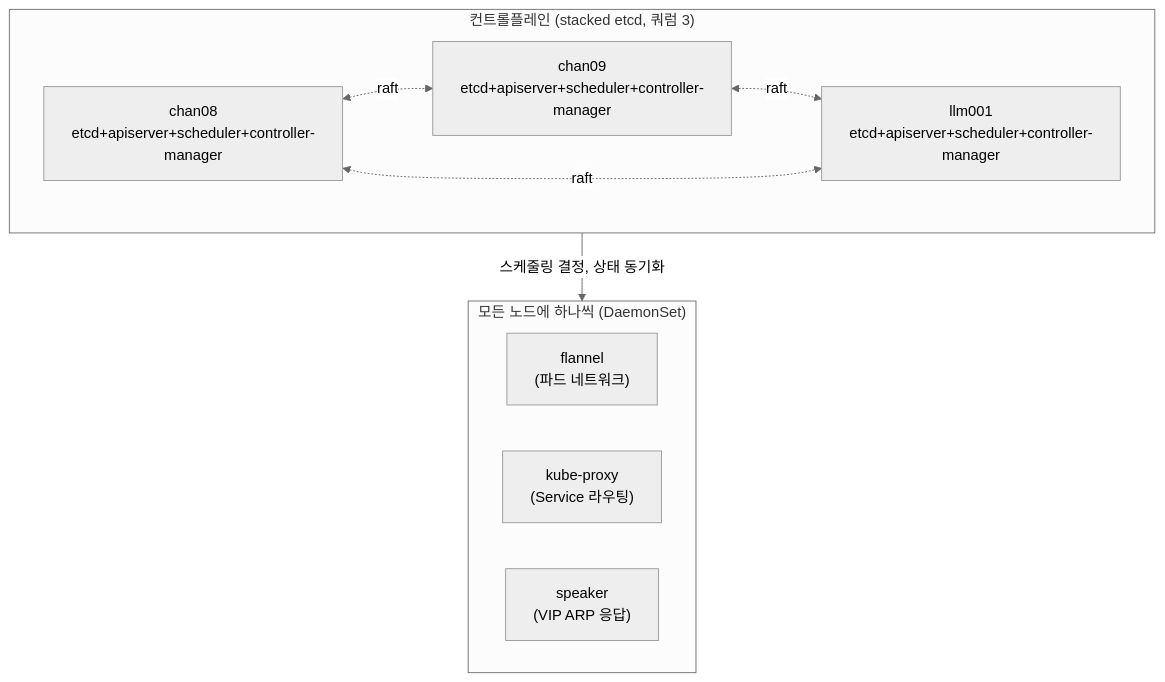
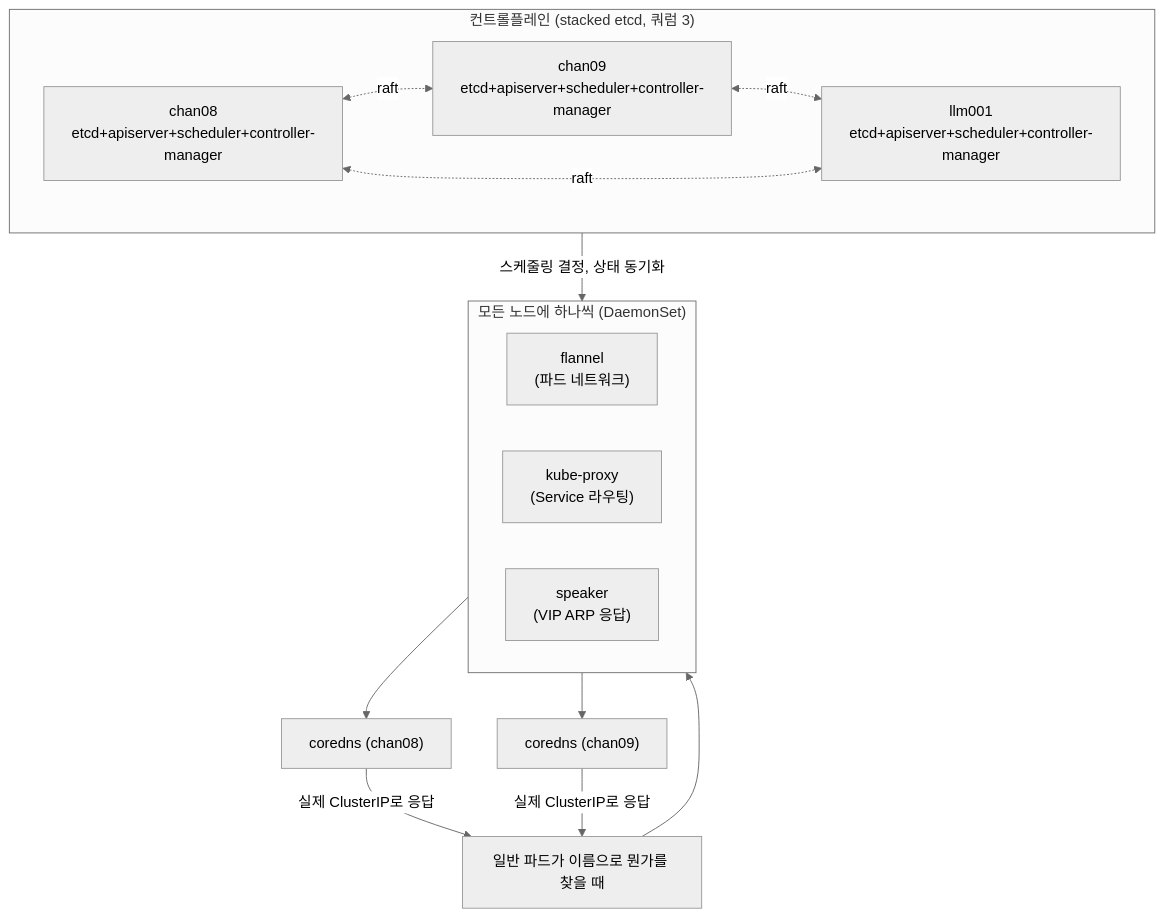
The first of 4 diagrams in concepts/kubernetes.md (gywndi/homelab-diary), drawn with Mermaid (neutral theme) before and after one commit. The commit also changed other lines of this file, not shown here.

Commit message:
1번 다이어그램에 coredns 추가
DaemonSet(flannel/kube-proxy/speaker)과 구분되는 Deployment라는 점과
kube-proxy를 거쳐 분산되는 경로를 반영.

````diff
--- a/concepts/kubernetes.md
+++ b/concepts/kubernetes.md
@@ -11,21 +11,27 @@
 ```mermaid
 flowchart TB
     subgraph CP["컨트롤플레인 (stacked etcd, 쿼럼 3)"]
         direction LR
         CP8["chan08<br/>etcd+apiserver+scheduler+controller-manager"]
         CP9["chan09<br/>etcd+apiserver+scheduler+controller-manager"]
         CP10["llm001<br/>etcd+apiserver+scheduler+controller-manager"]
         CP8 <-. raft .-> CP9
         CP9 <-. raft .-> CP10
         CP8 <-. raft .-> CP10
     end
 
     subgraph DS["모든 노드에 하나씩 (DaemonSet)"]
         direction LR
         FLANNEL["flannel<br/>(파드 네트워크)"]
         PROXY["kube-proxy<br/>(Service 라우팅)"]
         SPEAKER["speaker<br/>(VIP ARP 응답)"]
     end
 
     CP -- "스케줄링 결정, 상태 동기화" --> DS
+
+    PODNS["일반 파드가 이름으로 뭔가를 찾을 때"] --> PROXY
+    PROXY --> DNS1["coredns (chan08)"]
+    PROXY --> DNS2["coredns (chan09)"]
+    DNS1 -- "실제 ClusterIP로 응답" --> PODNS
+    DNS2 -- "실제 ClusterIP로 응답" --> PODNS
 ```
````
